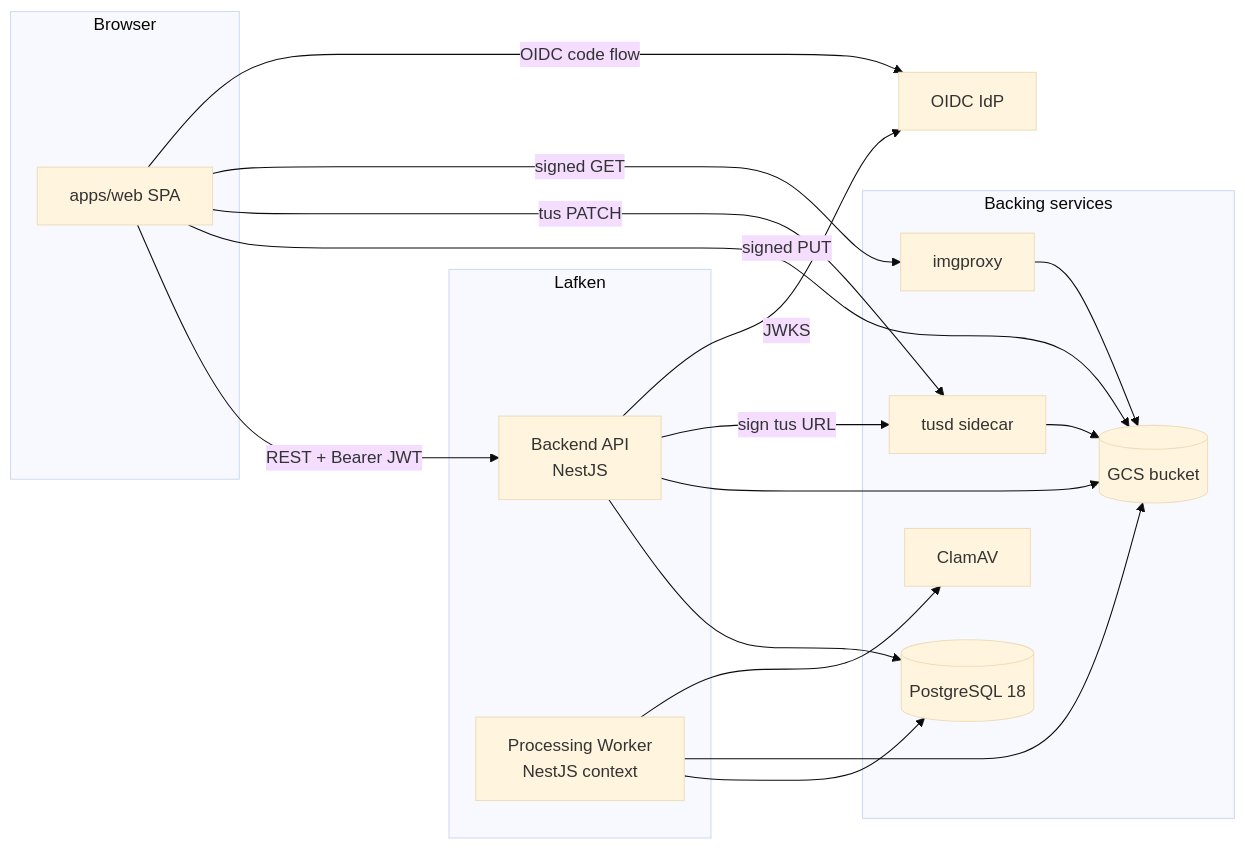
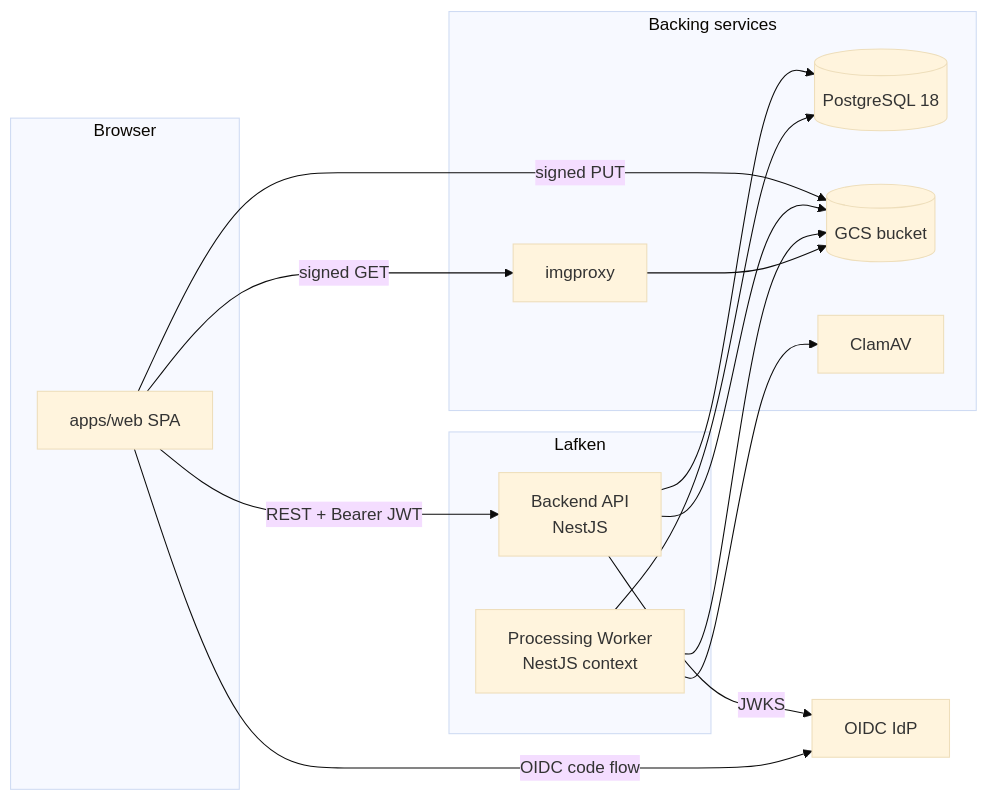
Before and after one commit to camcima/lafken: the diagram in docs/architecture.md, drawn with Mermaid (base theme). The commit also changed other lines of this file and 21 other files, not shown here.

````diff
--- a/docs/architecture.md
+++ b/docs/architecture.md
@@ -56,39 +56,35 @@
 ```mermaid
 flowchart LR
     subgraph Browser
         Web[apps/web SPA]
     end
 
     subgraph Lafken
         API[Backend API<br/>NestJS]
         Worker[Processing Worker<br/>NestJS context]
     end
 
     subgraph Backing[Backing services]
         DB[(PostgreSQL 18)]
         GCS[(GCS bucket)]
-        Tusd[tusd sidecar]
         Imgproxy[imgproxy]
         ClamAV[ClamAV]
     end
 
     OIDC[OIDC IdP]
 
     Web -->|REST + Bearer JWT| API
     Web -->|signed PUT| GCS
-    Web -->|tus PATCH| Tusd
     Web -->|signed GET| Imgproxy
 
     API --> DB
     API --> GCS
-    API -->|sign tus URL| Tusd
     API -->|JWKS| OIDC
     Web -->|OIDC code flow| OIDC
 
     Worker --> DB
     Worker --> GCS
     Worker --> ClamAV
 
-    Tusd --> GCS
     Imgproxy --> GCS
 ```
````
